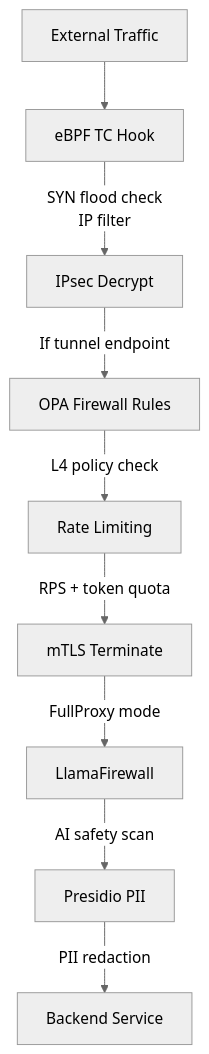
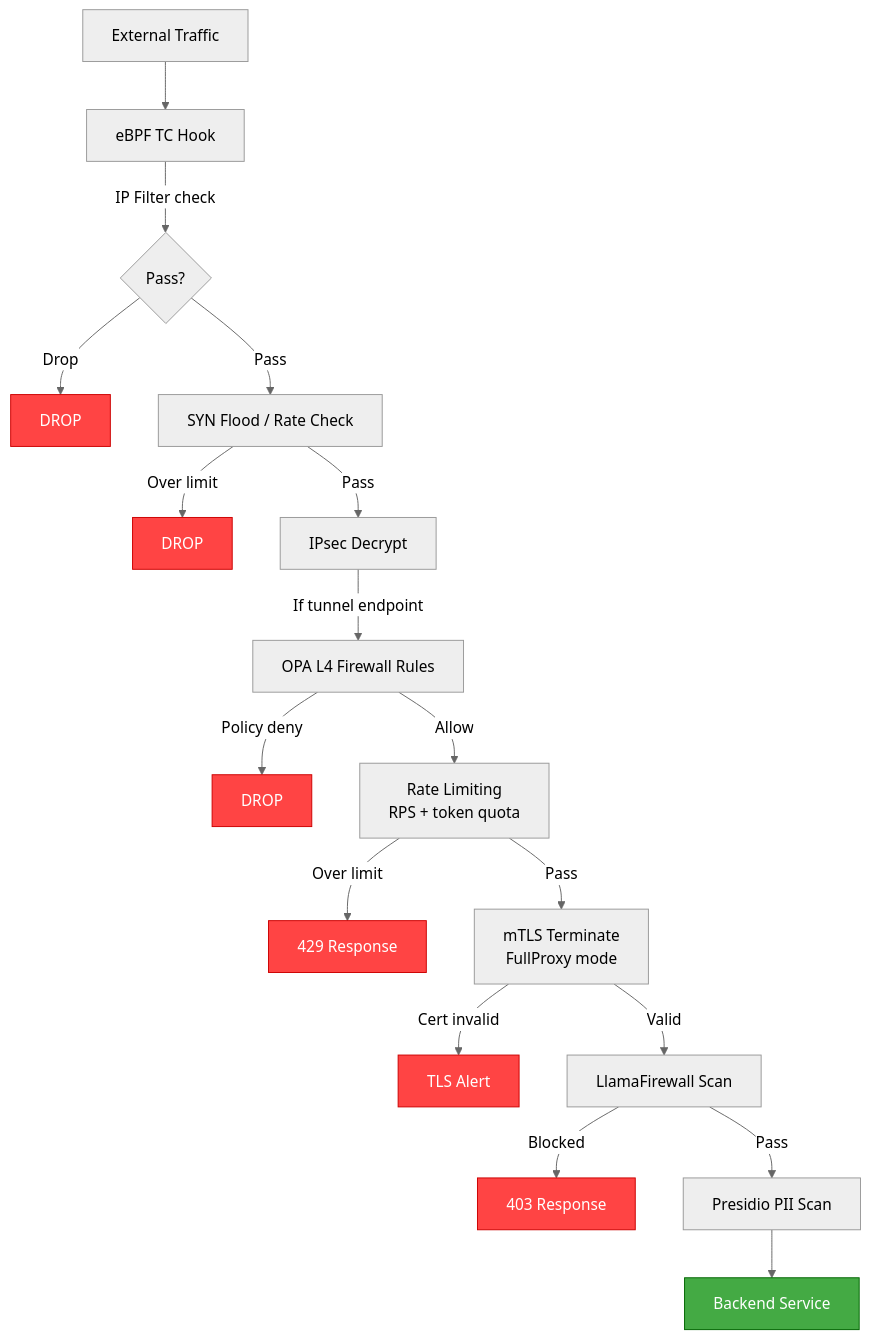
Before and after one commit to NLX-SeokHwanKong/loxilbdocs: the fifth of 5 diagrams in docs/security-gateway/deployment-scenarios.md, drawn with Mermaid (neutral theme). The commit also changed other lines of this file, not shown here.

First line of the commit message:
docs(11-03): enhance deployment-scenarios.md with 5 reference architectures and complete API configs

````diff
--- a/docs/security-gateway/deployment-scenarios.md
+++ b/docs/security-gateway/deployment-scenarios.md
@@ -131,11 +380,27 @@
 ```mermaid
 flowchart TD
     A[External Traffic] --> B[eBPF TC Hook]
-    B -->|SYN flood check\nIP filter| C[IPsec Decrypt]
-    C -->|If tunnel endpoint| D[OPA Firewall Rules]
-    D -->|L4 policy check| E[Rate Limiting]
-    E -->|RPS + token quota| F[mTLS Terminate]
-    F -->|FullProxy mode| G[LlamaFirewall]
-    G -->|AI safety scan| H[Presidio PII]
-    H -->|PII redaction| I[Backend Service]
+    B -->|IP Filter check| C{Pass?}
+    C -->|Drop| X1[DROP]
+    C -->|Pass| D[SYN Flood / Rate Check]
+    D -->|Over limit| X2[DROP]
+    D -->|Pass| E[IPsec Decrypt]
+    E -->|If tunnel endpoint| F[OPA L4 Firewall Rules]
+    F -->|Policy deny| X3[DROP]
+    F -->|Allow| G[Rate Limiting<br/>RPS + token quota]
+    G -->|Over limit| X4[429 Response]
+    G -->|Pass| H[mTLS Terminate<br/>FullProxy mode]
+    H -->|Cert invalid| X5[TLS Alert]
+    H -->|Valid| I[LlamaFirewall Scan]
+    I -->|Blocked| X6[403 Response]
+    I -->|Pass| J[Presidio PII Scan]
+    J --> K[Backend Service]
+
+    style X1 fill:#f44,stroke:#c00,color:#fff
+    style X2 fill:#f44,stroke:#c00,color:#fff
+    style X3 fill:#f44,stroke:#c00,color:#fff
+    style X4 fill:#f44,stroke:#c00,color:#fff
+    style X5 fill:#f44,stroke:#c00,color:#fff
+    style X6 fill:#f44,stroke:#c00,color:#fff
+    style K fill:#4a4,stroke:#060,color:#fff
 ```
````
